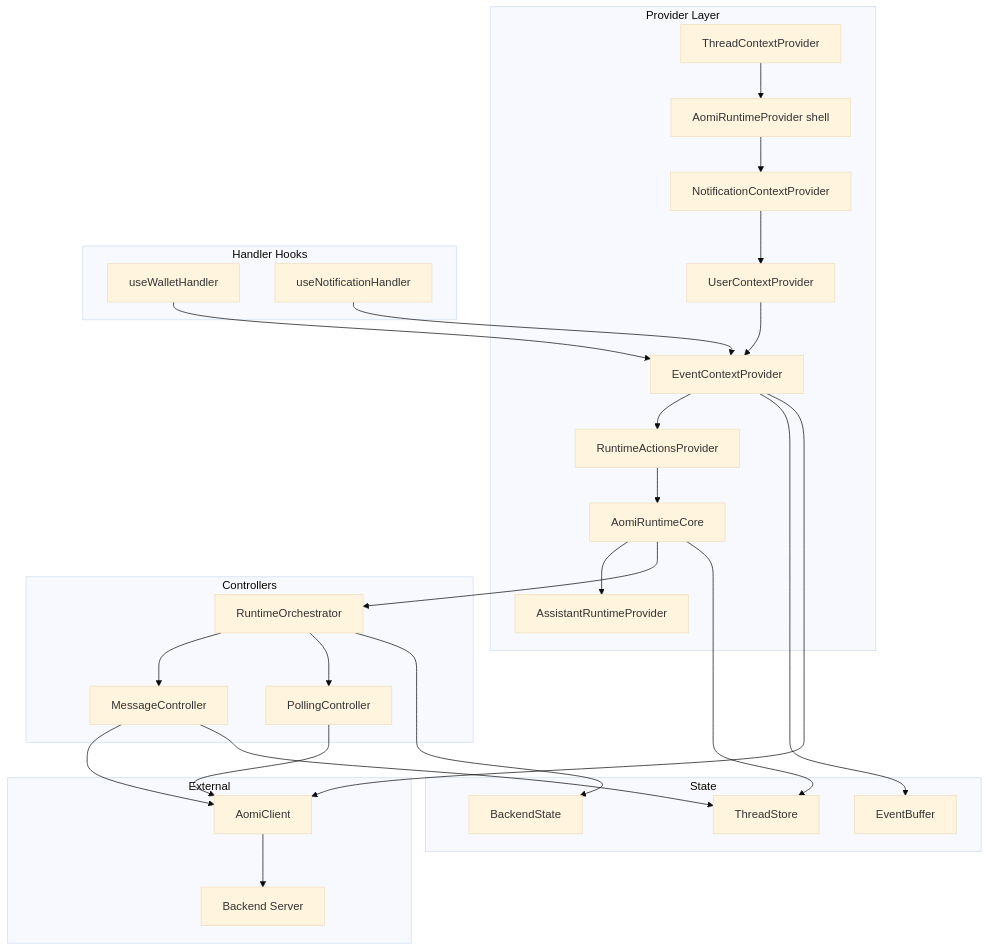
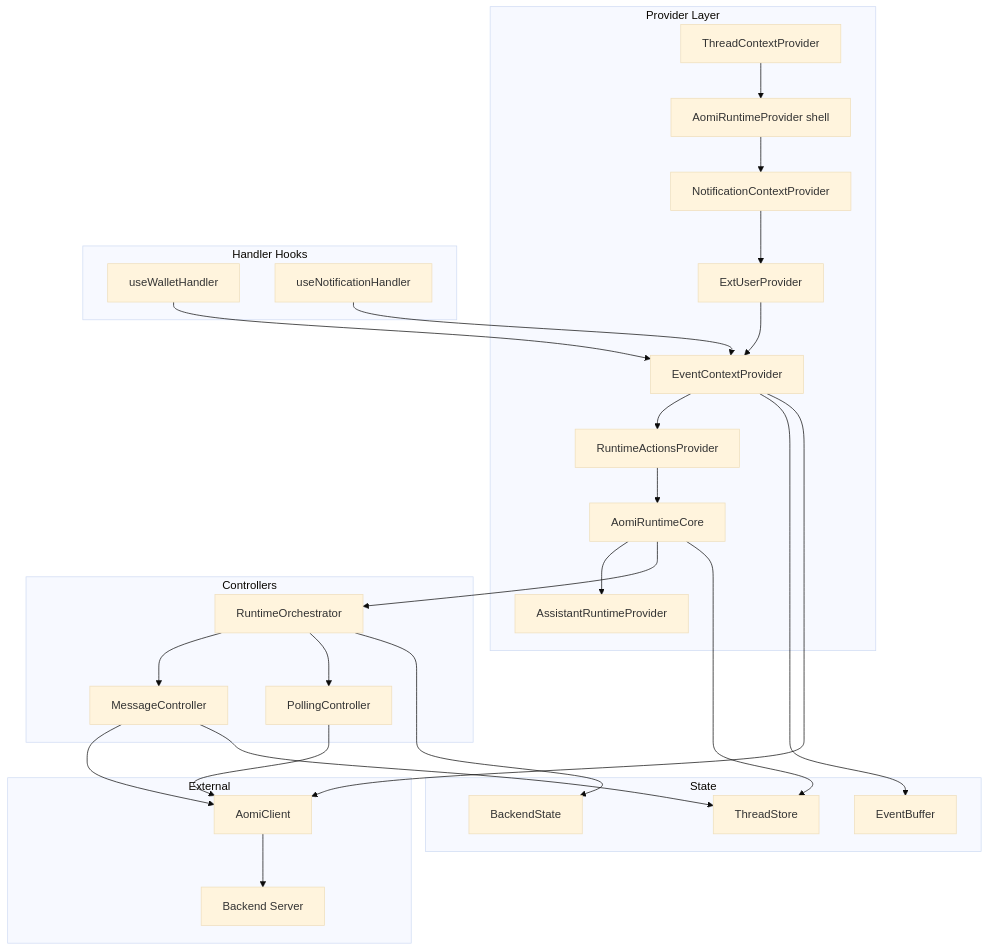
The first of 13 diagrams in specs/RUNTIME-ARCH.md (aomi-labs/aomi-widget), drawn with Mermaid (base theme) before and after one commit. The commit also changed 36 other files, not shown here.

````diff
--- a/specs/RUNTIME-ARCH.md
+++ b/specs/RUNTIME-ARCH.md
@@ -13,61 +13,61 @@
 ```mermaid
 graph TB
     subgraph "Provider Layer"
         TCP[ThreadContextProvider]
         ARP[AomiRuntimeProvider shell]
         NCP[NotificationContextProvider]
-        UCP[UserContextProvider]
+        UCP[ExtUserProvider]
         ECP[EventContextProvider]
         RAP[RuntimeActionsProvider]
         ARC[AomiRuntimeCore]
         ASRP[AssistantRuntimeProvider]
     end
 
     subgraph "Controllers"
         RO[RuntimeOrchestrator]
         MC[MessageController]
         PC[PollingController]
     end
 
     subgraph "State"
         BS[BackendState]
         TS[ThreadStore]
         EB[EventBuffer]
     end
 
     subgraph "Handler Hooks"
         WH[useWalletHandler]
         NH[useNotificationHandler]
     end
 
     subgraph "External"
         API[AomiClient]
         BE[Backend Server]
     end
 
     TCP --> ARP
     ARP --> NCP
     NCP --> UCP
     UCP --> ECP
     ECP --> RAP
     RAP --> ARC
     ARC --> ASRP
 
     ARC --> RO
     RO --> MC
     RO --> PC
     RO --> BS
 
     MC --> API
     PC --> API
     API --> BE
 
     ECP --> EB
     ECP --> API
 
     WH --> ECP
     NH --> ECP
 
     ARC --> TS
     MC --> TS
 ```
````
